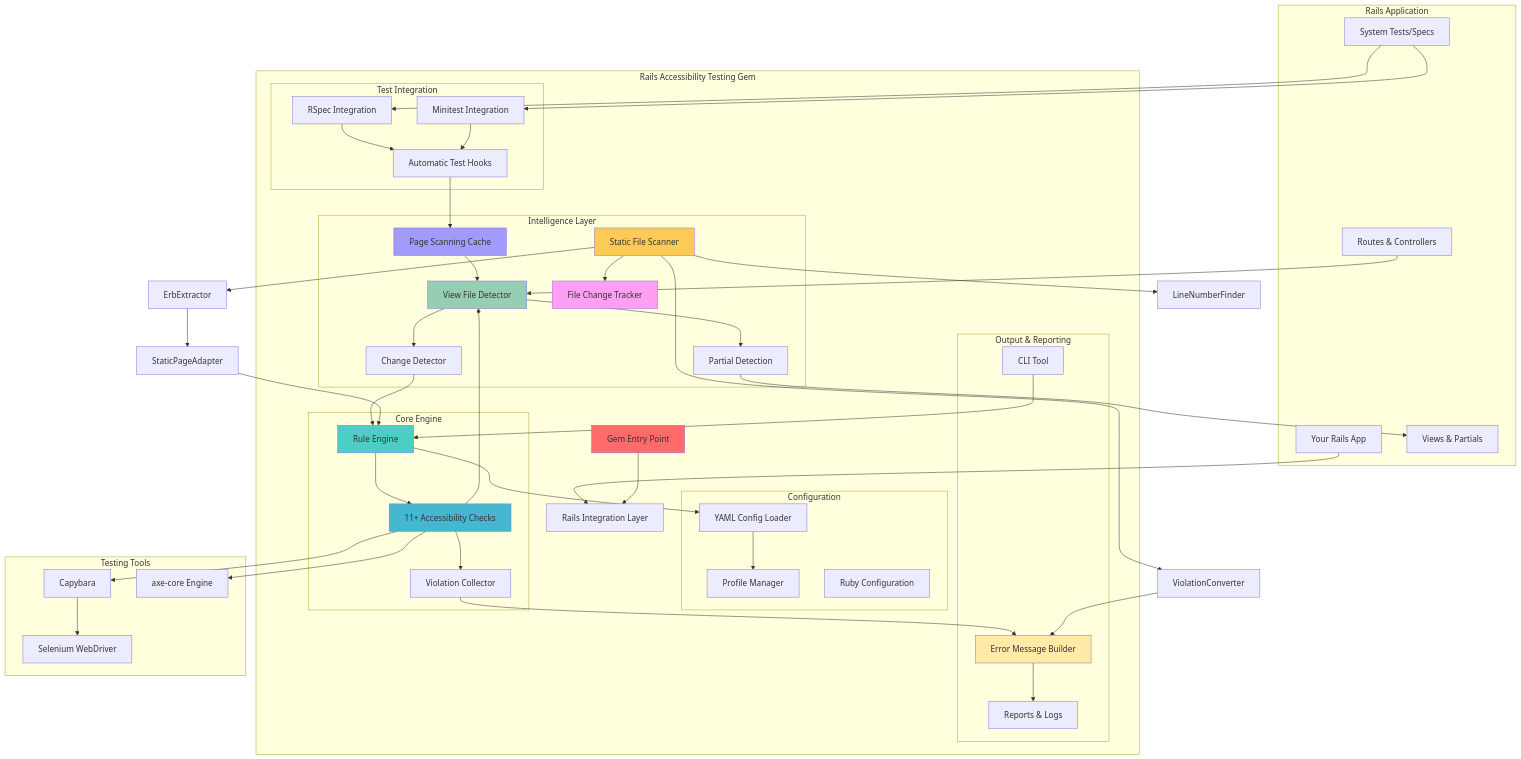
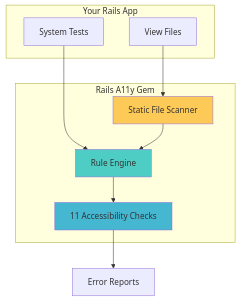
The first of 4 diagrams in docs_site/architecture.md (rayraycodes/rails-accessibility-testing), drawn with Mermaid before and after one commit. The commit also changed other lines of this file and 1 other file, not shown here.

First line of the commit message:
docs: Simplify architecture page and fix fullscreen visibility

````diff
--- a/docs_site/architecture.md
+++ b/docs_site/architecture.md
@@ -16,97 +16,23 @@
 ```mermaid
 graph TB
-    subgraph "Rails Application"
-        App[Your Rails App]
-        Tests[System Tests/Specs]
-        Views[Views & Partials]
-        Routes[Routes & Controllers]
+    subgraph "Your Rails App"
+        Tests[System Tests]
+        Views[View Files]
     end
     
-    subgraph "Rails Accessibility Testing Gem"
-        Entry[Gem Entry Point]
-        Railtie[Rails Integration Layer]
-        
-        subgraph "Test Integration"
-            RSpec[RSpec Integration]
-            Minitest[Minitest Integration]
-            AutoHook[Automatic Test Hooks]
-        end
-        
-        subgraph "Core Engine"
-            RuleEngine[Rule Engine]
-            Checks[11+ Accessibility Checks]
-            Collector[Violation Collector]
-        end
-        
-        subgraph "Intelligence Layer"
-            ViewDetector[View File Detector]
-            PartialDetector[Partial Detection]
-            ChangeDetector[Change Detector]
-            Cache[Page Scanning Cache]
-            StaticScanner[Static File Scanner]
-            FileChangeTracker[File Change Tracker]
-        end
-        
-        subgraph "Configuration"
-            YAMLConfig[YAML Config Loader]
-            Profiles[Profile Manager]
-            RubyConfig[Ruby Configuration]
-        end
-        
-        subgraph "Output & Reporting"
-            ErrorBuilder[Error Message Builder]
-            CLI[CLI Tool]
-            Reports[Reports & Logs]
-        end
+    subgraph "Rails A11y Gem"
+        Engine[Rule Engine]
+        Checks[11 Accessibility Checks]
+        Scanner[Static File Scanner]
     end
     
-    subgraph "Testing Tools"
-        Capybara[Capybara]
-        Selenium[Selenium WebDriver]
-        AxeCore[axe-core Engine]
-    end
+    Tests --> Engine
+    Views --> Scanner
+    Scanner --> Engine
+    Engine --> Checks
+    Checks --> Reports[Error Reports]
     
-    Tests --> RSpec
-    Tests --> Minitest
-    RSpec --> AutoHook
-    Minitest --> AutoHook
-    App --> Railtie
-    Entry --> Railtie
-    
-    AutoHook --> Cache
-    Cache --> ViewDetector
-    ViewDetector --> ChangeDetector
-    ChangeDetector --> RuleEngine
-    RuleEngine --> YAMLConfig
-    YAMLConfig --> Profiles
-    RuleEngine --> Checks
-    Checks --> Capybara
-    Capybara --> Selenium
-    Checks --> AxeCore
-    Checks --> ViewDetector
-    ViewDetector --> PartialDetector
-    PartialDetector --> Views
-    Checks --> Collector
-    Collector --> ErrorBuilder
-    ErrorBuilder --> Reports
-    
-    CLI --> RuleEngine
-    Routes --> ViewDetector
-    
-    StaticScanner --> FileChangeTracker
-    StaticScanner --> ErbExtractor[ErbExtractor]
-    ErbExtractor --> StaticAdapter[StaticPageAdapter]
-    StaticAdapter --> RuleEngine
-    StaticScanner --> LineFinder[LineNumberFinder]
-    StaticScanner --> ViolationConverter[ViolationConverter]
-    ViolationConverter --> ErrorBuilder
-    
-    style Entry fill:#ff6b6b
-    style RuleEngine fill:#4ecdc4
+    style Engine fill:#4ecdc4
+    style Scanner fill:#feca57
     style Checks fill:#45b7d1
-    style ViewDetector fill:#96ceb4
-    style ErrorBuilder fill:#ffeaa7
-    style Cache fill:#a29bfe
-    style StaticScanner fill:#feca57
-    style FileChangeTracker fill:#ff9ff3
 ```
````
